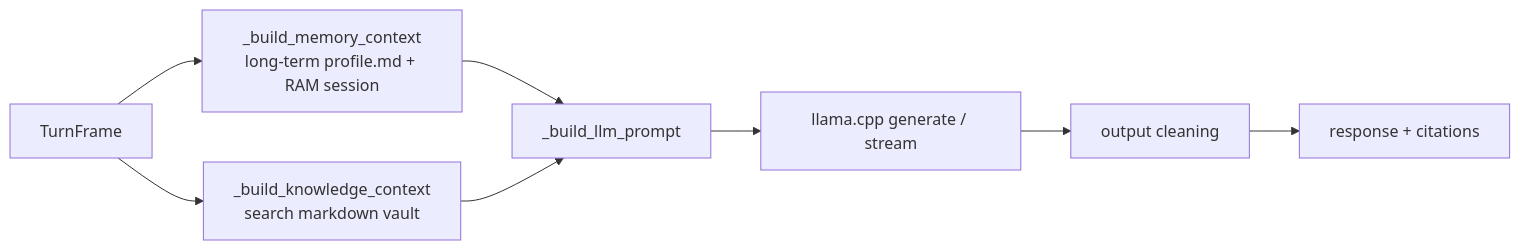
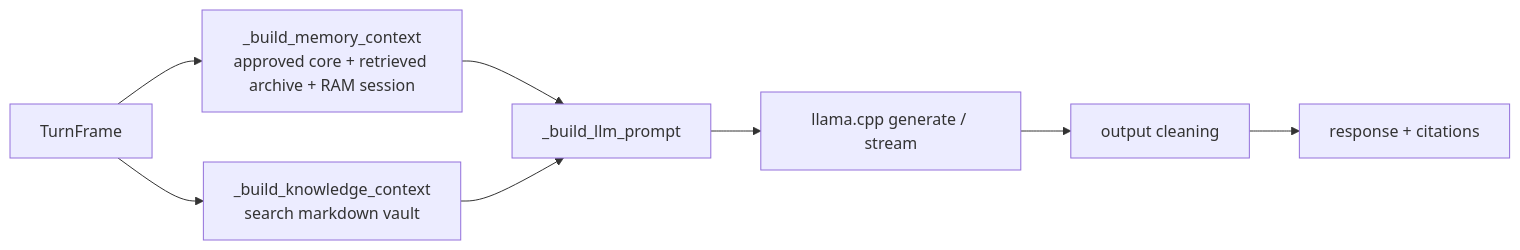
Before and after one commit to finalflash159/soca: the third of 4 diagrams in eval/fixtures/real_rag_vault/wiki/project/assistant-runtime.md, drawn with Mermaid. The commit also changed other lines of this file and 187 other files, not shown here.

````diff
--- a/eval/fixtures/real_rag_vault/wiki/project/assistant-runtime.md
+++ b/eval/fixtures/real_rag_vault/wiki/project/assistant-runtime.md
@@ -106,9 +106,9 @@
 ```mermaid
 flowchart LR
-    F[TurnFrame] --> M[_build_memory_context<br/>long-term profile.md + RAM session]
+    F[TurnFrame] --> M[_build_memory_context<br/>approved core + retrieved archive + RAM session]
     F --> K[_build_knowledge_context<br/>search markdown vault]
     M & K --> P[_build_llm_prompt]
     P --> LLM[llama.cpp generate / stream]
     LLM --> CL[output cleaning]
     CL --> OUT[response + citations]
 ```
````
